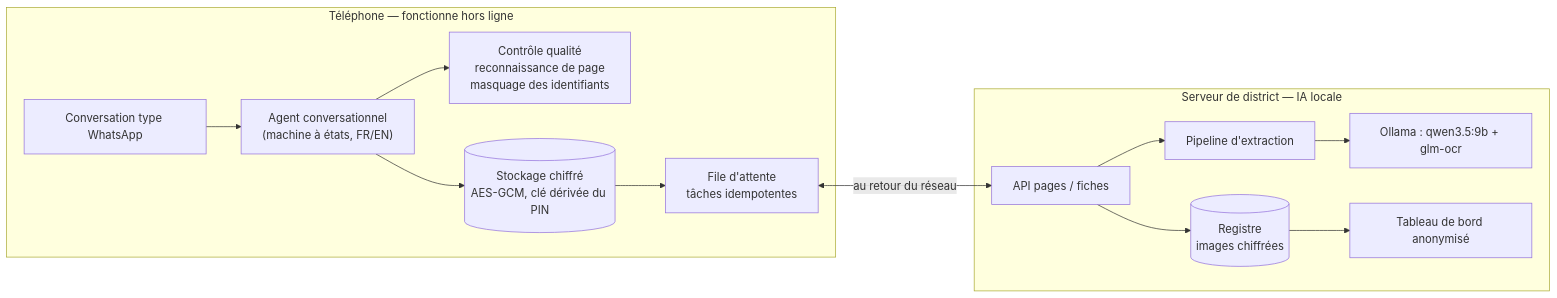
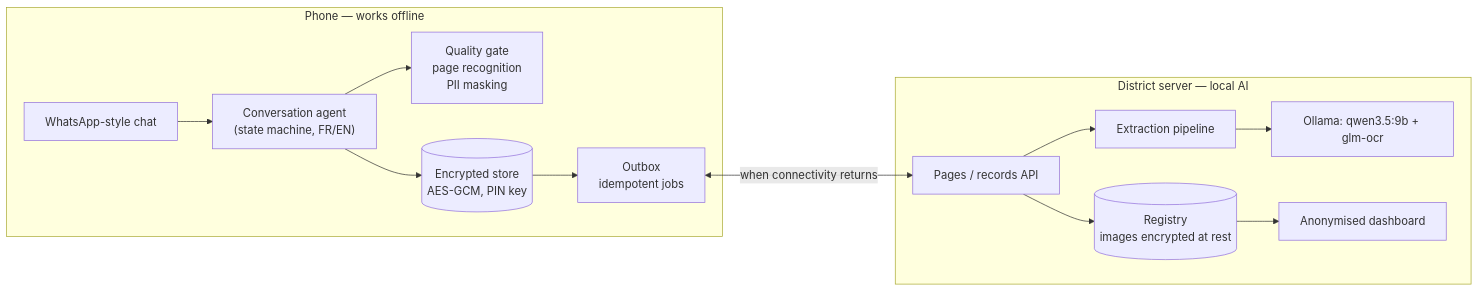
One commit to YoussefChaouki/dayone-codeml changed the diagram in README.md. Above: the diagram before and after it, drawn with Mermaid. The commit also changed other lines of this file and 11 other files, not shown here.

````diff
--- a/README.md
+++ b/README.md
@@ -57,16 +60,16 @@
 ```mermaid
 flowchart LR
-    subgraph Phone["Téléphone — fonctionne hors ligne"]
-        UI["Conversation type WhatsApp"] --> Agent["Agent conversationnel<br/>(machine à états, FR/EN)"]
-        Agent --> Q["Contrôle qualité<br/>reconnaissance de page<br/>masquage des identifiants"]
-        Agent --> Store[("Stockage chiffré<br/>AES-GCM, clé dérivée du PIN")]
-        Store --> Outbox["File d'attente<br/>tâches idempotentes"]
+    subgraph Phone["Phone — works offline"]
+        UI["WhatsApp-style chat"] --> Agent["Conversation agent<br/>(state machine, FR/EN)"]
+        Agent --> Q["Quality gate<br/>page recognition<br/>PII masking"]
+        Agent --> Store[("Encrypted store<br/>AES-GCM, PIN key")]
+        Store --> Outbox["Outbox<br/>idempotent jobs"]
     end
-    subgraph Server["Serveur de district — IA locale"]
-        API["API pages / fiches"] --> Worker["Pipeline d'extraction"]
-        Worker --> Models["Ollama : qwen3.5:9b + glm-ocr"]
-        API --> Registry[("Registre<br/>images chiffrées")]
-        Registry --> Dash["Tableau de bord anonymisé"]
+    subgraph Server["District server — local AI"]
+        API["Pages / records API"] --> Worker["Extraction pipeline"]
+        Worker --> Models["Ollama: qwen3.5:9b + glm-ocr"]
+        API --> Registry[("Registry<br/>images encrypted at rest")]
+        Registry --> Dash["Anonymised dashboard"]
     end
-    Outbox <-->|au retour du réseau| API
+    Outbox <-->|when connectivity returns| API
 ```
````
